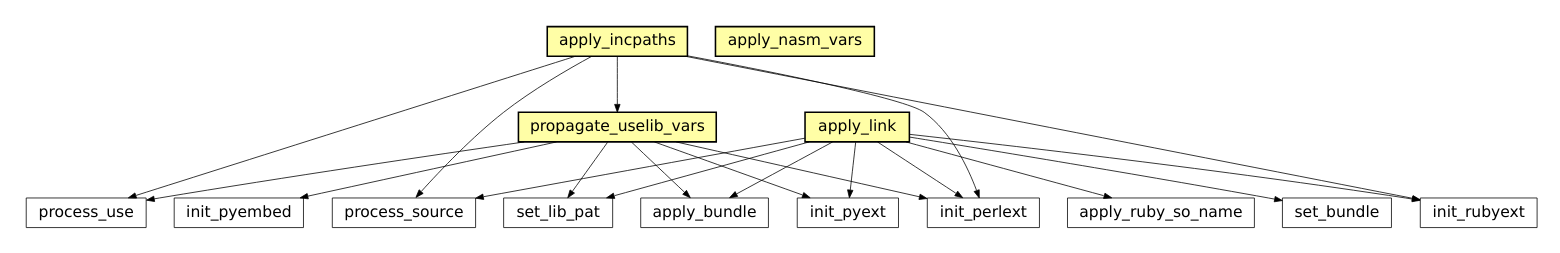
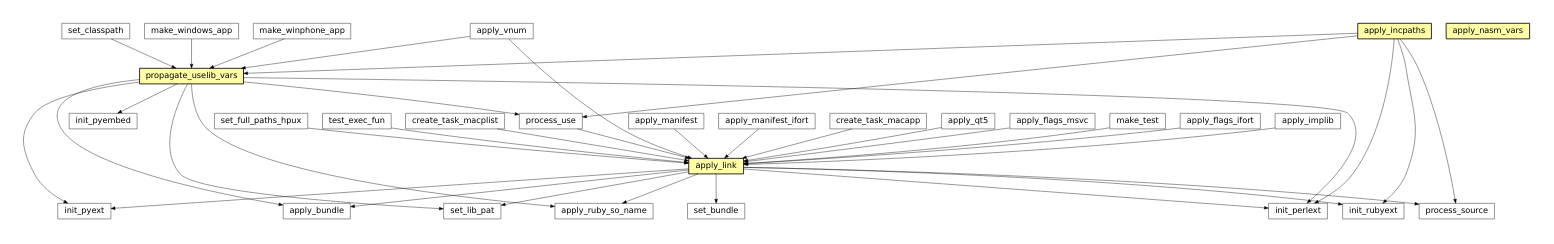
One commit to electronicvisions/waf changed the second of 45 diagrams in docs/sphinx/featuremap.rst. Above: the diagram before and after it, drawn with Graphviz. The commit also changed other lines of this file and 1 other file, not shown here.

```diff
--- a/docs/sphinx/featuremap.rst
+++ b/docs/sphinx/featuremap.rst
@@ -54,38 +66,71 @@
 .. graphviz::
 
 	digraph feature_asm {
 		size="8.0, 12.0";
-		process_use [style="setlinewidth(0.5)",URL="tools/ccroot.html#waflib.Tools.ccroot.process_use",target="_top",fontname="Vera Sans, DejaVu Sans, Liberation Sans, Arial, Helvetica, sans",height=0.25,shape="rectangle",fontsize=10];
-		apply_nasm_vars [style="setlinewidth(0.5)",URL="tools/nasm.html#waflib.Tools.nasm.apply_nasm_vars",target="_top",fontname="Vera Sans, DejaVu Sans, Liberation Sans, Arial, Helvetica, sans",height=0.25,shape="rectangle",fontsize=10,fillcolor="#fffea6",style=filled];
-		init_perlext [style="setlinewidth(0.5)",URL="tools/perl.html#waflib.Tools.perl.init_perlext",target="_top",fontname="Vera Sans, DejaVu Sans, Liberation Sans, Arial, Helvetica, sans",height=0.25,shape="rectangle",fontsize=10];
-		apply_ruby_so_name [style="setlinewidth(0.5)",URL="tools/ruby.html#waflib.Tools.ruby.apply_ruby_so_name",target="_top",fontname="Vera Sans, DejaVu Sans, Liberation Sans, Arial, Helvetica, sans",height=0.25,shape="rectangle",fontsize=10];
-		process_source [style="setlinewidth(0.5)",URL="TaskGen.html#waflib.TaskGen.process_source",target="_top",fontname="Vera Sans, DejaVu Sans, Liberation Sans, Arial, Helvetica, sans",height=0.25,shape="rectangle",fontsize=10];
-		apply_incpaths [style="setlinewidth(0.5)",URL="tools/ccroot.html#waflib.Tools.ccroot.apply_incpaths",target="_top",fontname="Vera Sans, DejaVu Sans, Liberation Sans, Arial, Helvetica, sans",height=0.25,shape="rectangle",fontsize=10,fillcolor="#fffea6",style=filled];
-		apply_link [style="setlinewidth(0.5)",URL="tools/ccroot.html#waflib.Tools.ccroot.apply_link",target="_top",fontname="Vera Sans, DejaVu Sans, Liberation Sans, Arial, Helvetica, sans",height=0.25,shape="rectangle",fontsize=10,fillcolor="#fffea6",style=filled];
-		init_pyext [style="setlinewidth(0.5)",URL="tools/python.html#waflib.Tools.python.init_pyext",target="_top",fontname="Vera Sans, DejaVu Sans, Liberation Sans, Arial, Helvetica, sans",height=0.25,shape="rectangle",fontsize=10];
-		init_rubyext [style="setlinewidth(0.5)",URL="tools/ruby.html#waflib.Tools.ruby.init_rubyext",target="_top",fontname="Vera Sans, DejaVu Sans, Liberation Sans, Arial, Helvetica, sans",height=0.25,shape="rectangle",fontsize=10];
-		set_bundle [style="setlinewidth(0.5)",URL="tools/python.html#waflib.Tools.python.set_bundle",target="_top",fontname="Vera Sans, DejaVu Sans, Liberation Sans, Arial, Helvetica, sans",height=0.25,shape="rectangle",fontsize=10];
-		set_lib_pat [style="setlinewidth(0.5)",URL="tools/fc_config.html#waflib.Tools.fc_config.set_lib_pat",target="_top",fontname="Vera Sans, DejaVu Sans, Liberation Sans, Arial, Helvetica, sans",height=0.25,shape="rectangle",fontsize=10];
-		propagate_uselib_vars [style="setlinewidth(0.5)",URL="tools/ccroot.html#waflib.Tools.ccroot.propagate_uselib_vars",target="_top",fontname="Vera Sans, DejaVu Sans, Liberation Sans, Arial, Helvetica, sans",height=0.25,shape="rectangle",fontsize=10,fillcolor="#fffea6",style=filled];
-		init_pyembed [style="setlinewidth(0.5)",URL="tools/python.html#waflib.Tools.python.init_pyembed",target="_top",fontname="Vera Sans, DejaVu Sans, Liberation Sans, Arial, Helvetica, sans",height=0.25,shape="rectangle",fontsize=10];
-		apply_bundle [style="setlinewidth(0.5)",URL="tools/c_osx.html#waflib.Tools.c_osx.apply_bundle",target="_top",fontname="Vera Sans, DejaVu Sans, Liberation Sans, Arial, Helvetica, sans",height=0.25,shape="rectangle",fontsize=10];
+		"make_test" [style="setlinewidth(0.5)",URL="tools/waf_unit_test.html#waflib.Tools.waf_unit_test.make_test",target="_top",fontname="Vera Sans, DejaVu Sans, Liberation Sans, Arial, Helvetica, sans",height=0.25,shape="rectangle",fontsize=10];
+		"apply_incpaths" [style="setlinewidth(0.5)",URL="tools/ccroot.html#waflib.Tools.ccroot.apply_incpaths",target="_top",fontname="Vera Sans, DejaVu Sans, Liberation Sans, Arial, Helvetica, sans",height=0.25,shape="rectangle",fontsize=10,fillcolor="#fffea6",style=filled];
+		"set_bundle" [style="setlinewidth(0.5)",URL="tools/python.html#waflib.Tools.python.set_bundle",target="_top",fontname="Vera Sans, DejaVu Sans, Liberation Sans, Arial, Helvetica, sans",height=0.25,shape="rectangle",fontsize=10];
+		"set_lib_pat" [style="setlinewidth(0.5)",URL="tools/fc_config.html#waflib.Tools.fc_config.set_lib_pat",target="_top",fontname="Vera Sans, DejaVu Sans, Liberation Sans, Arial, Helvetica, sans",height=0.25,shape="rectangle",fontsize=10];
+		"apply_flags_ifort" [style="setlinewidth(0.5)",URL="tools/ifort.html#waflib.Tools.ifort.apply_flags_ifort",target="_top",fontname="Vera Sans, DejaVu Sans, Liberation Sans, Arial, Helvetica, sans",height=0.25,shape="rectangle",fontsize=10];
+		"apply_bundle" [style="setlinewidth(0.5)",URL="tools/c_osx.html#waflib.Tools.c_osx.apply_bundle",target="_top",fontname="Vera Sans, DejaVu Sans, Liberation Sans, Arial, Helvetica, sans",height=0.25,shape="rectangle",fontsize=10];
+		"process_use" [style="setlinewidth(0.5)",URL="tools/ccroot.html#waflib.Tools.ccroot.process_use",target="_top",fontname="Vera Sans, DejaVu Sans, Liberation Sans, Arial, Helvetica, sans",height=0.25,shape="rectangle",fontsize=10];
+		"apply_implib" [style="setlinewidth(0.5)",URL="tools/ccroot.html#waflib.Tools.ccroot.apply_implib",target="_top",fontname="Vera Sans, DejaVu Sans, Liberation Sans, Arial, Helvetica, sans",height=0.25,shape="rectangle",fontsize=10];
+		"apply_nasm_vars" [style="setlinewidth(0.5)",URL="tools/nasm.html#waflib.Tools.nasm.apply_nasm_vars",target="_top",fontname="Vera Sans, DejaVu Sans, Liberation Sans, Arial, Helvetica, sans",height=0.25,shape="rectangle",fontsize=10,fillcolor="#fffea6",style=filled];
+		"apply_ruby_so_name" [style="setlinewidth(0.5)",URL="tools/ruby.html#waflib.Tools.ruby.apply_ruby_so_name",target="_top",fontname="Vera Sans, DejaVu Sans, Liberation Sans, Arial, Helvetica, sans",height=0.25,shape="rectangle",fontsize=10];
+		"set_full_paths_hpux" [style="setlinewidth(0.5)",URL="tools/ccroot.html#waflib.Tools.ccroot.set_full_paths_hpux",target="_top",fontname="Vera Sans, DejaVu Sans, Liberation Sans, Arial, Helvetica, sans",height=0.25,shape="rectangle",fontsize=10];
+		"test_exec_fun" [style="setlinewidth(0.5)",URL="tools/c_config.html#waflib.Tools.c_config.test_exec_fun",target="_top",fontname="Vera Sans, DejaVu Sans, Liberation Sans, Arial, Helvetica, sans",height=0.25,shape="rectangle",fontsize=10];
+		"apply_link" [style="setlinewidth(0.5)",URL="tools/ccroot.html#waflib.Tools.ccroot.apply_link",target="_top",fontname="Vera Sans, DejaVu Sans, Liberation Sans, Arial, Helvetica, sans",height=0.25,shape="rectangle",fontsize=10,fillcolor="#fffea6",style=filled];
+		"init_pyext" [style="setlinewidth(0.5)",URL="tools/python.html#waflib.Tools.python.init_pyext",target="_top",fontname="Vera Sans, DejaVu Sans, Liberation Sans, Arial, Helvetica, sans",height=0.25,shape="rectangle",fontsize=10];
+		"init_rubyext" [style="setlinewidth(0.5)",URL="tools/ruby.html#waflib.Tools.ruby.init_rubyext",target="_top",fontname="Vera Sans, DejaVu Sans, Liberation Sans, Arial, Helvetica, sans",height=0.25,shape="rectangle",fontsize=10];
+		"apply_vnum" [style="setlinewidth(0.5)",URL="tools/ccroot.html#waflib.Tools.ccroot.apply_vnum",target="_top",fontname="Vera Sans, DejaVu Sans, Liberation Sans, Arial, Helvetica, sans",height=0.25,shape="rectangle",fontsize=10];
+		"create_task_macplist" [style="setlinewidth(0.5)",URL="tools/c_osx.html#waflib.Tools.c_osx.create_task_macplist",target="_top",fontname="Vera Sans, DejaVu Sans, Liberation Sans, Arial, Helvetica, sans",height=0.25,shape="rectangle",fontsize=10];
+		"make_windows_app" [style="setlinewidth(0.5)",URL="tools/msvc.html#waflib.Tools.msvc.make_windows_app",target="_top",fontname="Vera Sans, DejaVu Sans, Liberation Sans, Arial, Helvetica, sans",height=0.25,shape="rectangle",fontsize=10];
+		"apply_manifest" [style="setlinewidth(0.5)",URL="tools/msvc.html#waflib.Tools.msvc.apply_manifest",target="_top",fontname="Vera Sans, DejaVu Sans, Liberation Sans, Arial, Helvetica, sans",height=0.25,shape="rectangle",fontsize=10];
+		"process_source" [style="setlinewidth(0.5)",URL="TaskGen.html#waflib.TaskGen.process_source",target="_top",fontname="Vera Sans, DejaVu Sans, Liberation Sans, Arial, Helvetica, sans",height=0.25,shape="rectangle",fontsize=10];
+		"apply_manifest_ifort" [style="setlinewidth(0.5)",URL="tools/ifort.html#waflib.Tools.ifort.apply_manifest_ifort",target="_top",fontname="Vera Sans, DejaVu Sans, Liberation Sans, Arial, Helvetica, sans",height=0.25,shape="rectangle",fontsize=10];
+		"make_winphone_app" [style="setlinewidth(0.5)",URL="tools/msvc.html#waflib.Tools.msvc.make_winphone_app",target="_top",fontname="Vera Sans, DejaVu Sans, Liberation Sans, Arial, Helvetica, sans",height=0.25,shape="rectangle",fontsize=10];
+		"set_classpath" [style="setlinewidth(0.5)",URL="tools/javaw.html#waflib.Tools.javaw.set_classpath",target="_top",fontname="Vera Sans, DejaVu Sans, Liberation Sans, Arial, Helvetica, sans",height=0.25,shape="rectangle",fontsize=10];
+		"init_pyembed" [style="setlinewidth(0.5)",URL="tools/python.html#waflib.Tools.python.init_pyembed",target="_top",fontname="Vera Sans, DejaVu Sans, Liberation Sans, Arial, Helvetica, sans",height=0.25,shape="rectangle",fontsize=10];
+		"init_perlext" [style="setlinewidth(0.5)",URL="tools/perl.html#waflib.Tools.perl.init_perlext",target="_top",fontname="Vera Sans, DejaVu Sans, Liberation Sans, Arial, Helvetica, sans",height=0.25,shape="rectangle",fontsize=10];
+		"create_task_macapp" [style="setlinewidth(0.5)",URL="tools/c_osx.html#waflib.Tools.c_osx.create_task_macapp",target="_top",fontname="Vera Sans, DejaVu Sans, Liberation Sans, Arial, Helvetica, sans",height=0.25,shape="rectangle",fontsize=10];
+		"apply_qt5" [style="setlinewidth(0.5)",URL="tools/qt5.html#waflib.Tools.qt5.apply_qt5",target="_top",fontname="Vera Sans, DejaVu Sans, Liberation Sans, Arial, Helvetica, sans",height=0.25,shape="rectangle",fontsize=10];
+		"apply_flags_msvc" [style="setlinewidth(0.5)",URL="tools/msvc.html#waflib.Tools.msvc.apply_flags_msvc",target="_top",fontname="Vera Sans, DejaVu Sans, Liberation Sans, Arial, Helvetica, sans",height=0.25,shape="rectangle",fontsize=10];
+		"propagate_uselib_vars" [style="setlinewidth(0.5)",URL="tools/ccroot.html#waflib.Tools.ccroot.propagate_uselib_vars",target="_top",fontname="Vera Sans, DejaVu Sans, Liberation Sans, Arial, Helvetica, sans",height=0.25,shape="rectangle",fontsize=10,fillcolor="#fffea6",style=filled];
+		"make_test" -> "apply_link" [arrowsize=0.5,style="setlinewidth(0.5)"];
 		"apply_incpaths" -> "propagate_uselib_vars" [arrowsize=0.5,style="setlinewidth(0.5)"];
 		"apply_incpaths" -> "process_source" [arrowsize=0.5,style="setlinewidth(0.5)"];
 		"apply_incpaths" -> "process_use" [arrowsize=0.5,style="setlinewidth(0.5)"];
 		"apply_incpaths" -> "init_rubyext" [arrowsize=0.5,style="setlinewidth(0.5)"];
 		"apply_incpaths" -> "init_perlext" [arrowsize=0.5,style="setlinewidth(0.5)"];
-		"propagate_uselib_vars" -> "apply_bundle" [arrowsize=0.5,style="setlinewidth(0.5)"];
-		"propagate_uselib_vars" -> "process_use" [arrowsize=0.5,style="setlinewidth(0.5)"];
-		"propagate_uselib_vars" -> "set_lib_pat" [arrowsize=0.5,style="setlinewidth(0.5)"];
-		"propagate_uselib_vars" -> "init_perlext" [arrowsize=0.5,style="setlinewidth(0.5)"];
-		"propagate_uselib_vars" -> "init_pyext" [arrowsize=0.5,style="setlinewidth(0.5)"];
-		"propagate_uselib_vars" -> "init_pyembed" [arrowsize=0.5,style="setlinewidth(0.5)"];
+		"apply_flags_ifort" -> "apply_link" [arrowsize=0.5,style="setlinewidth(0.5)"];
+		"process_use" -> "apply_link" [arrowsize=0.5,style="setlinewidth(0.5)"];
+		"apply_qt5" -> "apply_link" [arrowsize=0.5,style="setlinewidth(0.5)"];
+		"set_full_paths_hpux" -> "apply_link" [arrowsize=0.5,style="setlinewidth(0.5)"];
 		"apply_link" -> "apply_bundle" [arrowsize=0.5,style="setlinewidth(0.5)"];
 		"apply_link" -> "process_source" [arrowsize=0.5,style="setlinewidth(0.5)"];
 		"apply_link" -> "set_lib_pat" [arrowsize=0.5,style="setlinewidth(0.5)"];
 		"apply_link" -> "init_rubyext" [arrowsize=0.5,style="setlinewidth(0.5)"];
 		"apply_link" -> "apply_ruby_so_name" [arrowsize=0.5,style="setlinewidth(0.5)"];
 		"apply_link" -> "init_perlext" [arrowsize=0.5,style="setlinewidth(0.5)"];
 		"apply_link" -> "init_pyext" [arrowsize=0.5,style="setlinewidth(0.5)"];
 		"apply_link" -> "set_bundle" [arrowsize=0.5,style="setlinewidth(0.5)"];
+		"apply_vnum" -> "apply_link" [arrowsize=0.5,style="setlinewidth(0.5)"];
+		"apply_vnum" -> "propagate_uselib_vars" [arrowsize=0.5,style="setlinewidth(0.5)"];
+		"create_task_macplist" -> "apply_link" [arrowsize=0.5,style="setlinewidth(0.5)"];
+		"make_windows_app" -> "propagate_uselib_vars" [arrowsize=0.5,style="setlinewidth(0.5)"];
+		"apply_manifest" -> "apply_link" [arrowsize=0.5,style="setlinewidth(0.5)"];
+		"test_exec_fun" -> "apply_link" [arrowsize=0.5,style="setlinewidth(0.5)"];
+		"apply_manifest_ifort" -> "apply_link" [arrowsize=0.5,style="setlinewidth(0.5)"];
+		"make_winphone_app" -> "propagate_uselib_vars" [arrowsize=0.5,style="setlinewidth(0.5)"];
+		"set_classpath" -> "propagate_uselib_vars" [arrowsize=0.5,style="setlinewidth(0.5)"];
+		"create_task_macapp" -> "apply_link" [arrowsize=0.5,style="setlinewidth(0.5)"];
+		"apply_implib" -> "apply_link" [arrowsize=0.5,style="setlinewidth(0.5)"];
+		"apply_flags_msvc" -> "apply_link" [arrowsize=0.5,style="setlinewidth(0.5)"];
+		"propagate_uselib_vars" -> "apply_bundle" [arrowsize=0.5,style="setlinewidth(0.5)"];
+		"propagate_uselib_vars" -> "process_use" [arrowsize=0.5,style="setlinewidth(0.5)"];
+		"propagate_uselib_vars" -> "set_lib_pat" [arrowsize=0.5,style="setlinewidth(0.5)"];
+		"propagate_uselib_vars" -> "apply_ruby_so_name" [arrowsize=0.5,style="setlinewidth(0.5)"];
+		"propagate_uselib_vars" -> "init_perlext" [arrowsize=0.5,style="setlinewidth(0.5)"];
+		"propagate_uselib_vars" -> "init_pyext" [arrowsize=0.5,style="setlinewidth(0.5)"];
+		"propagate_uselib_vars" -> "init_pyembed" [arrowsize=0.5,style="setlinewidth(0.5)"];
 	}
```
